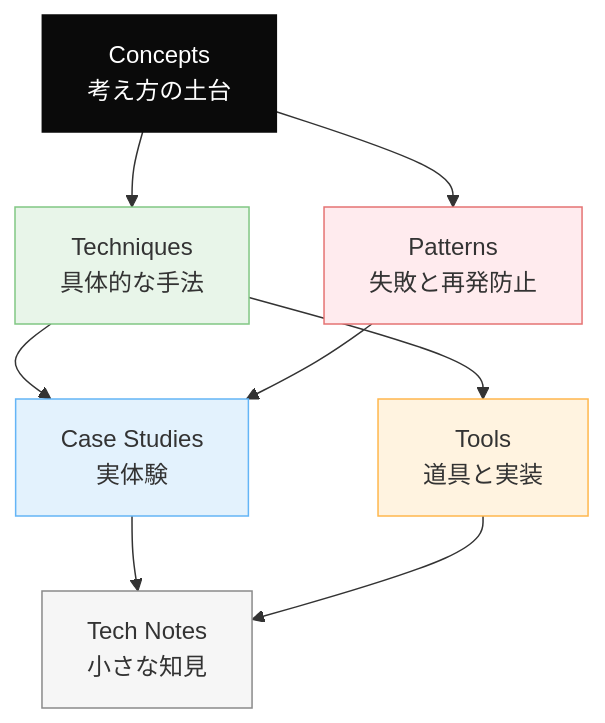
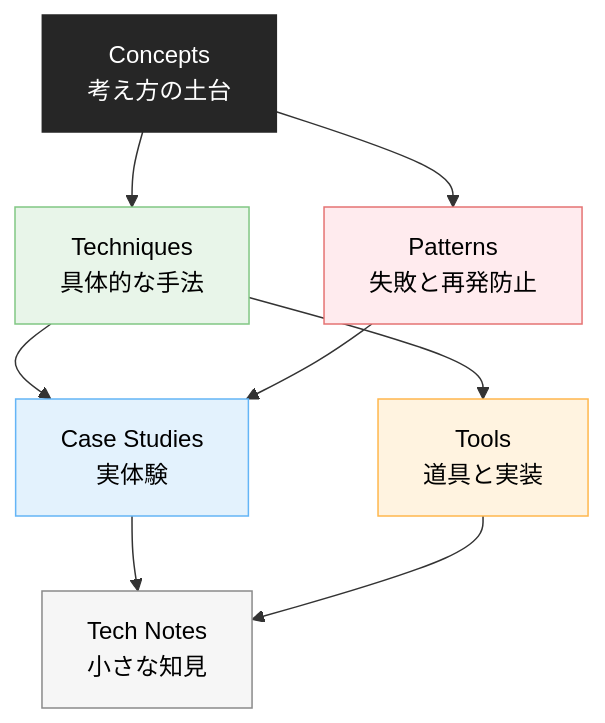
One commit to dinekt/dinekt-wiki changed the first of 2 diagrams in docs/index.md. Above: the diagram before and after it, drawn with Mermaid. The commit also changed other lines of this file and 71 other files, not shown here.

First line of the commit message:
fix: mermaid readability + remove GitHub repo toolbar

````diff
--- a/docs/index.md
+++ b/docs/index.md
@@ -17,17 +17,17 @@
 ```mermaid
 flowchart TD
     C[Concepts<br/>考え方の土台] --> T[Techniques<br/>具体的な手法]
     C --> P[Patterns<br/>失敗と再発防止]
     T --> CS[Case Studies<br/>実体験]
     P --> CS
     T --> TO[Tools<br/>道具と実装]
     CS --> TN[Tech Notes<br/>小さな知見]
     TO --> TN
 
-    style C fill:#0a0a0a,color:#fff,stroke:#0a0a0a
-    style T fill:#e8f5e9,stroke:#81c784
-    style P fill:#ffebee,stroke:#e57373
-    style CS fill:#e3f2fd,stroke:#64b5f6
-    style TO fill:#fff3e0,stroke:#ffb74d
-    style TN fill:#f6f6f6,stroke:#8a8a8a
+    style C fill:#262626,color:#fff,stroke:#262626
+    style T fill:#e8f5e9,stroke:#81c784,color:#000
+    style P fill:#ffebee,stroke:#e57373,color:#000
+    style CS fill:#e3f2fd,stroke:#64b5f6,color:#000
+    style TO fill:#fff3e0,stroke:#ffb74d,color:#000
+    style TN fill:#f6f6f6,stroke:#8a8a8a,color:#000
 ```
````
